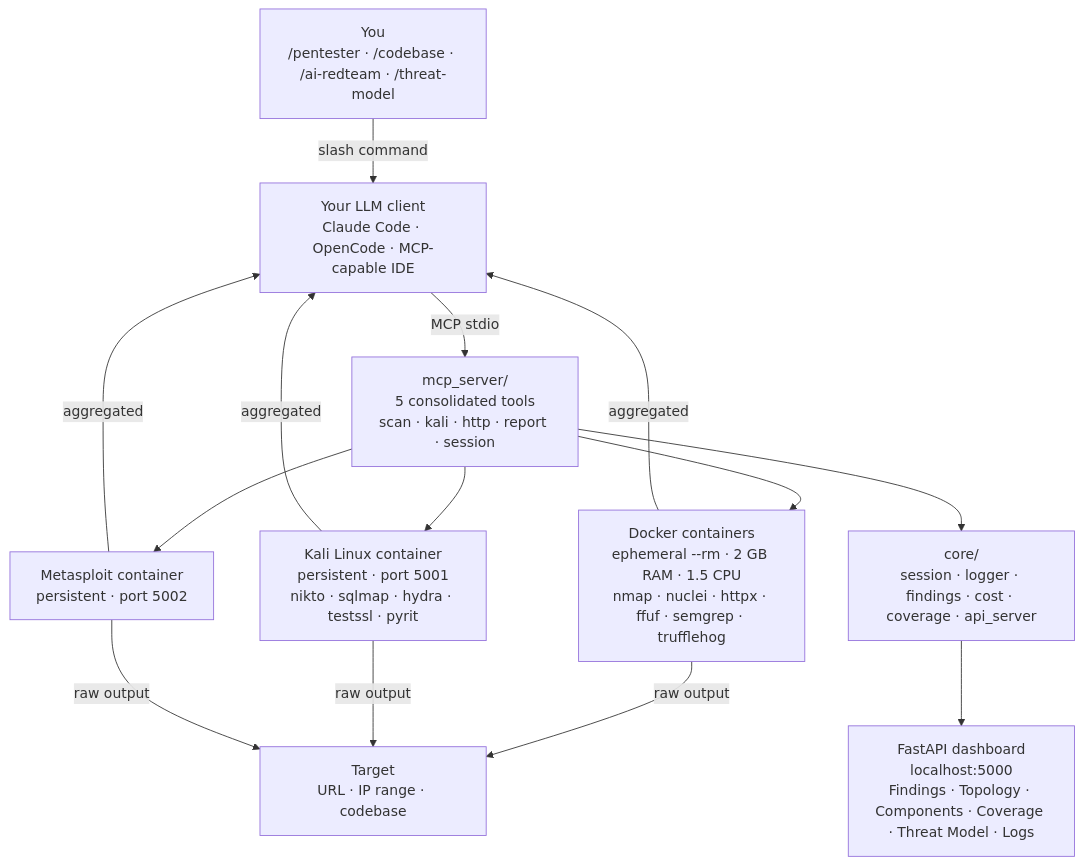
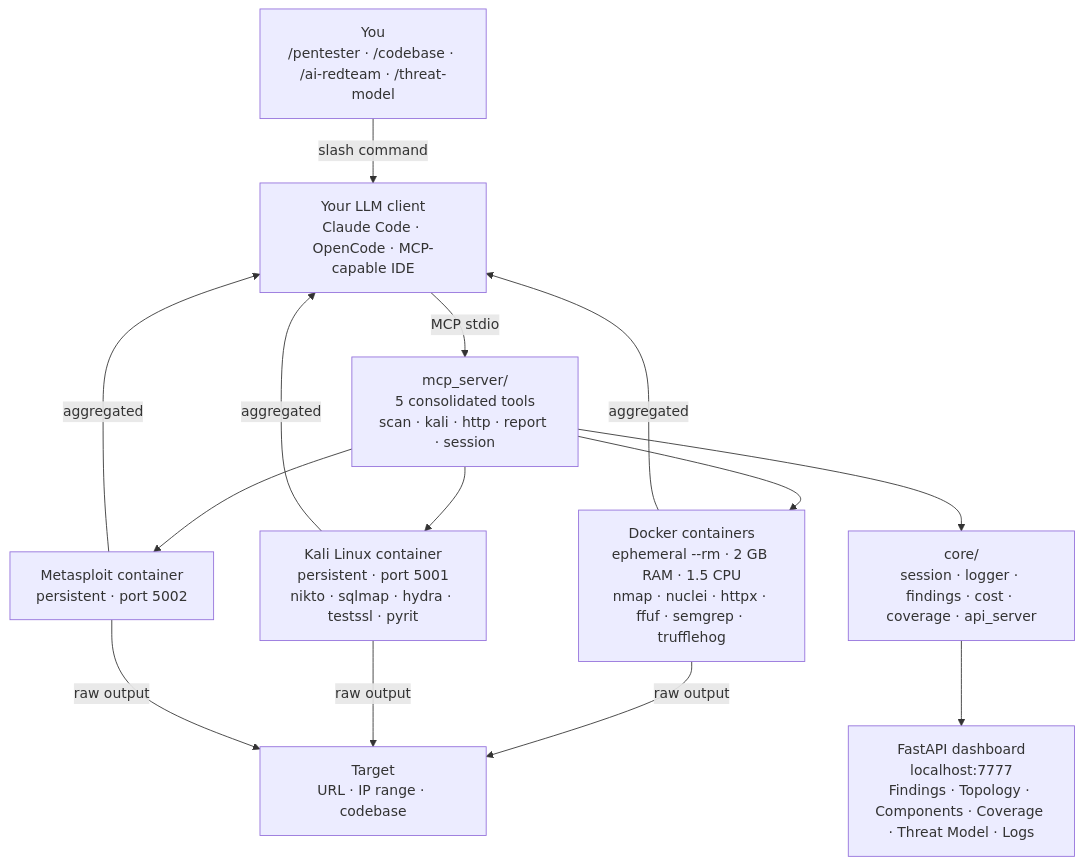
Before and after one commit to 0x0pointer/agent-smith: the first of 2 diagrams in README.md, drawn with Mermaid. The commit also changed other lines of this file, not shown here.

First line of the commit message:
docs: update README for param-fuzz, business-logic, and dashboard port 7777

````diff
--- a/README.md
+++ b/README.md
@@ -239,26 +239,26 @@
 ```mermaid
 flowchart TD
     User["You<br/>/pentester · /codebase · /ai-redteam · /threat-model"]
     Agent["Your LLM client<br/>Claude Code · OpenCode · MCP-capable IDE"]
     MCP["mcp_server/<br/>5 consolidated tools<br/>scan · kali · http · report · session"]
     Docker["Docker containers<br/>ephemeral --rm · 2 GB RAM · 1.5 CPU<br/>nmap · nuclei · httpx · ffuf · semgrep · trufflehog"]
     Kali["Kali Linux container<br/>persistent · port 5001<br/>nikto · sqlmap · hydra · testssl · pyrit"]
     Msf["Metasploit container<br/>persistent · port 5002"]
     Core["core/<br/>session · logger · findings · cost · coverage · api_server"]
-    Dashboard["FastAPI dashboard<br/>localhost:5000<br/>Findings · Topology · Components · Coverage · Threat Model · Logs"]
+    Dashboard["FastAPI dashboard<br/>localhost:7777<br/>Findings · Topology · Components · Coverage · Threat Model · Logs"]
     Target["Target<br/>URL · IP range · codebase"]
 
     User -->|slash command| Agent
     Agent -->|MCP stdio| MCP
     MCP --> Docker
     MCP --> Kali
     MCP --> Msf
     MCP --> Core
     Core --> Dashboard
     Docker -->|raw output| Target
     Kali  -->|raw output| Target
     Msf   -->|raw output| Target
     Docker -->|aggregated| Agent
     Kali   -->|aggregated| Agent
     Msf    -->|aggregated| Agent
 ```
````
